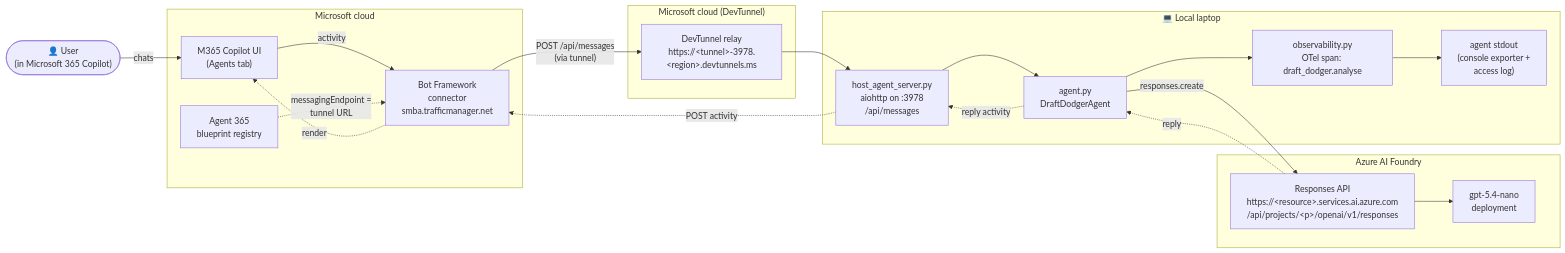
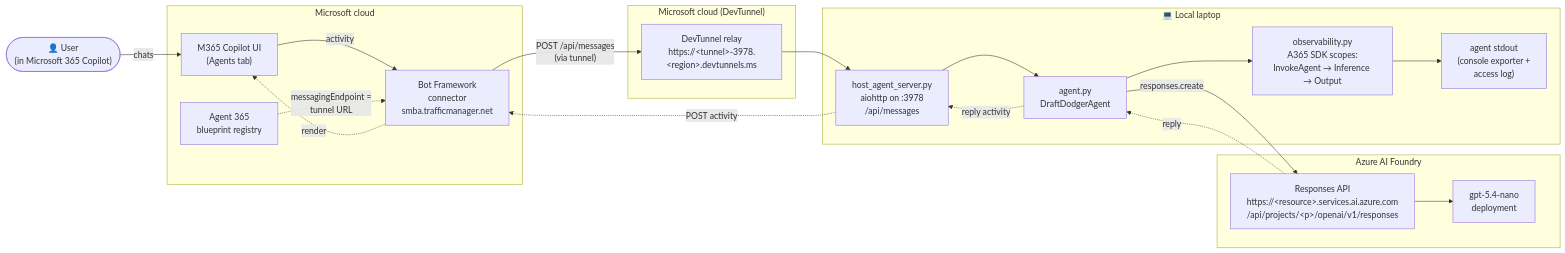
The first of 4 diagrams in README.md (Roelzz/A365-Quickstart-Observe-Draft-dodger), drawn with Mermaid before and after one commit. The commit also changed other lines of this file and 2 other files, not shown here.

First line of the commit message:
fix: stale "draft_dodger.analyse" span name + zsh-incompatible <agent-log-file> placeholder

````diff
--- a/README.md
+++ b/README.md
@@ -60,41 +60,41 @@
 ```mermaid
 flowchart LR
     user(["👤 User<br/>(in Microsoft 365 Copilot)"])
 
     subgraph cloud_ms["Microsoft cloud"]
         copilot["M365 Copilot UI<br/>(Agents tab)"]
         bf["Bot Framework<br/>connector<br/>smba.trafficmanager.net"]
         a365["Agent 365<br/>blueprint registry"]
     end
 
     subgraph cloud_dt["Microsoft cloud (DevTunnel)"]
         tunnel["DevTunnel relay<br/>https://&lt;tunnel&gt;-3978.&lt;region&gt;.devtunnels.ms"]
     end
 
     subgraph laptop["💻 Local laptop"]
         host["host_agent_server.py<br/>aiohttp on :3978<br/>/api/messages"]
         agent["agent.py<br/>DraftDodgerAgent"]
-        obs["observability.py<br/>OTel span: draft_dodger.analyse"]
+        obs["observability.py<br/>A365 SDK scopes:<br/>InvokeAgent → Inference → Output"]
         stdout["agent stdout<br/>(console exporter +<br/>access log)"]
     end
 
     subgraph cloud_az["Azure AI Foundry"]
         foundry["Responses API<br/>https://&lt;resource&gt;.services.ai.azure.com<br/>/api/projects/&lt;p&gt;/openai/v1/responses"]
         model["gpt-5.4-nano<br/>deployment"]
     end
 
     user -->|"chats"| copilot
     copilot -->|"activity"| bf
     a365 -.->|"messagingEndpoint =<br/>tunnel URL"| bf
     bf -->|"POST /api/messages<br/>(via tunnel)"| tunnel
     tunnel --> host
     host --> agent
     agent -->|"responses.create"| foundry
     foundry --> model
     foundry -.->|"reply"| agent
     agent --> obs
     obs --> stdout
     agent -.->|"reply activity"| host
     host -.->|"POST activity"| bf
     bf -.->|"render"| copilot
 ```
````
